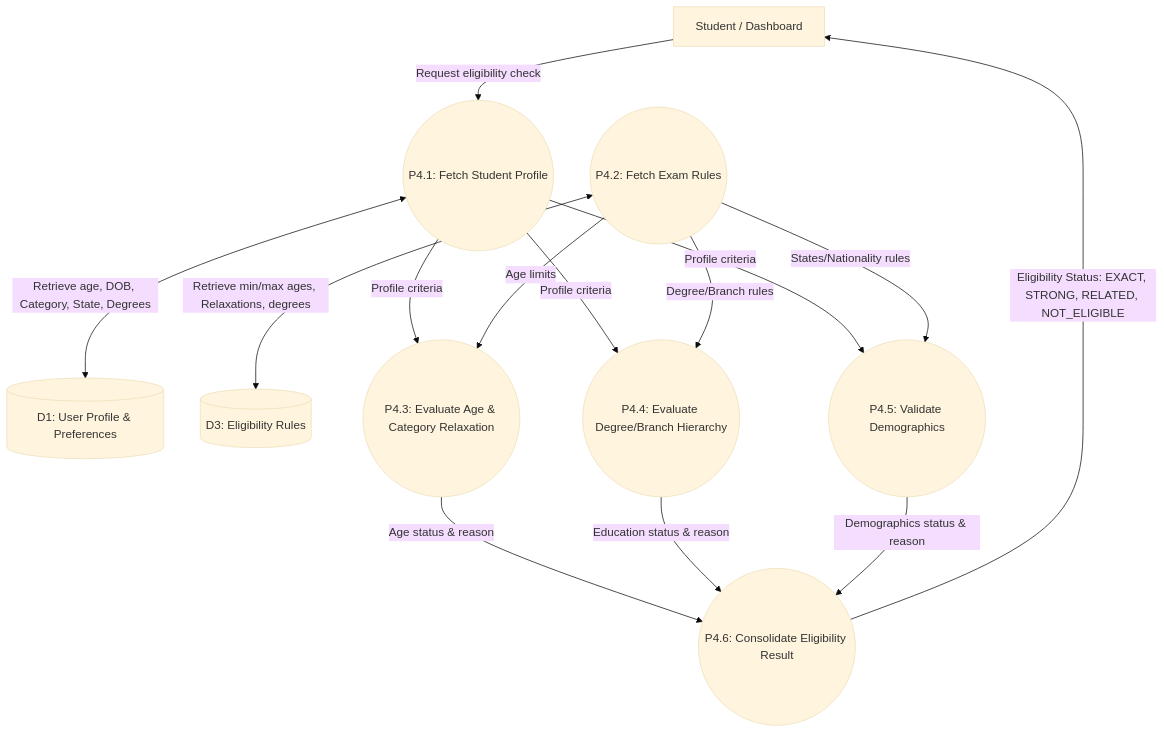
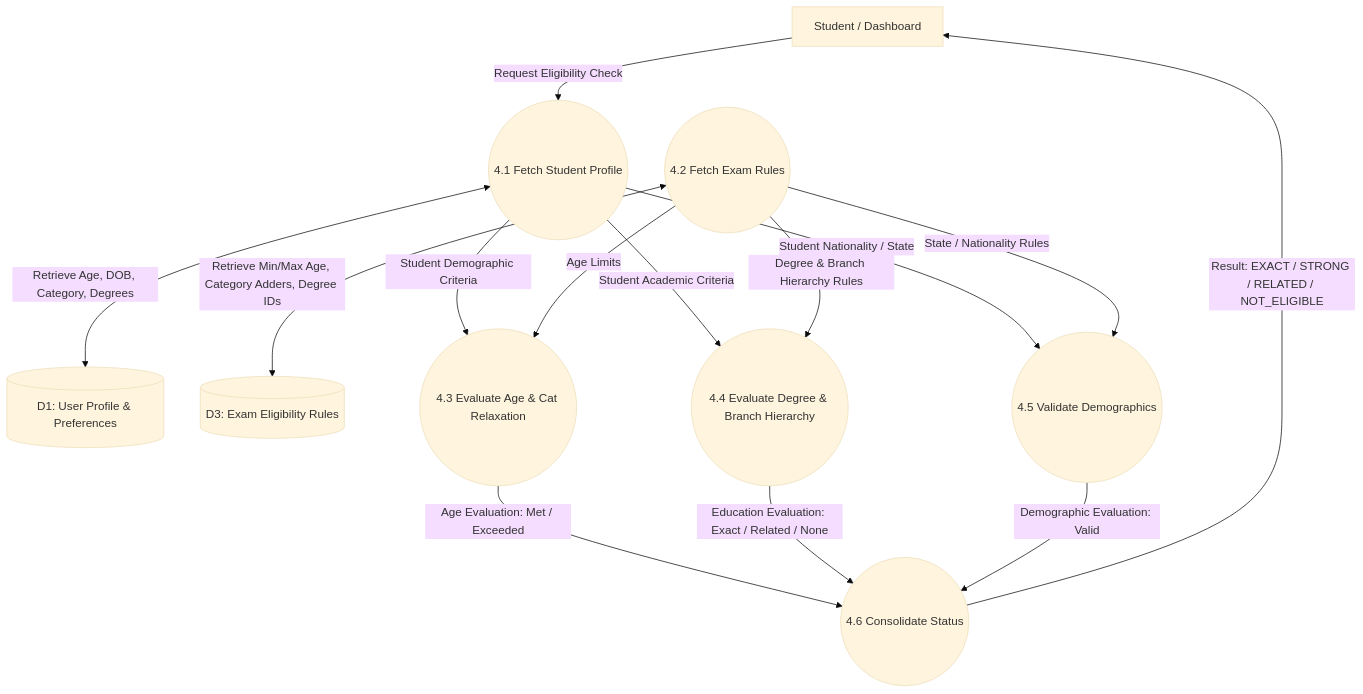
Before and after one commit to gauswamiashih/UDANPATH: diagram 19 of 39 in docs/system_diagrams.md, drawn with Mermaid (base theme). The commit also changed other lines of this file and 41 other files, not shown here.

Commit message:
feat: user onboarding, education master data fallback, direct profile routing, and guest demo mode

````diff
--- a/docs/system_diagrams.md
+++ b/docs/system_diagrams.md
@@ -354,30 +1144,30 @@
 ```mermaid
 graph TD
-  Student[Student / Dashboard]
-  D1[(D1: User Profile & Preferences)]
-  D3[(D3: Eligibility Rules)]
+  Student["Student / Dashboard"]
+  D1[("D1: User Profile & Preferences")]
+  D3[("D3: Exam Eligibility Rules")]
 
-  P4_1((P4.1: Fetch Student Profile))
-  P4_2((P4.2: Fetch Exam Rules))
-  P4_3((P4.3: Evaluate Age & Category Relaxation))
-  P4_4((P4.4: Evaluate Degree/Branch Hierarchy))
-  P4_5((P4.5: Validate Demographics))
-  P4_6((P4.6: Consolidate Eligibility Result))
+  P4_1((4.1 Fetch Student Profile))
+  P4_2((4.2 Fetch Exam Rules))
+  P4_3((4.3 Evaluate Age & Cat Relaxation))
+  P4_4((4.4 Evaluate Degree & Branch Hierarchy))
+  P4_5((4.5 Validate Demographics))
+  P4_6((4.6 Consolidate Status))
 
-  Student -->|Request eligibility check| P4_1
-  P4_1 <-->|Retrieve age, DOB, Category, State, Degrees| D1
-  P4_1 -->|Profile criteria| P4_3
-  P4_1 -->|Profile criteria| P4_4
-  P4_1 -->|Profile criteria| P4_5
+  Student -->|Request Eligibility Check| P4_1
+  P4_1 <-->|Retrieve Age, DOB, Category, Degrees| D1
+  P4_1 -->|Student Demographic Criteria| P4_3
+  P4_1 -->|Student Academic Criteria| P4_4
+  P4_1 -->|Student Nationality / State| P4_5
 
-  P4_2 <-->|Retrieve min/max ages, Relaxations, degrees| D3
-  P4_2 -->|Age limits| P4_3
-  P4_2 -->|Degree/Branch rules| P4_4
-  P4_2 -->|States/Nationality rules| P4_5
+  P4_2 <-->|Retrieve Min/Max Age, Category Adders, Degree IDs| D3
+  P4_2 -->|Age Limits| P4_3
+  P4_2 -->|Degree & Branch Hierarchy Rules| P4_4
+  P4_2 -->|State / Nationality Rules| P4_5
 
-  P4_3 -->|Age status & reason| P4_6
-  P4_4 -->|Education status & reason| P4_6
-  P4_5 -->|Demographics status & reason| P4_6
+  P4_3 -->|Age Evaluation: Met / Exceeded| P4_6
+  P4_4 -->|Education Evaluation: Exact / Related / None| P4_6
+  P4_5 -->|Demographic Evaluation: Valid| P4_6
 
-  P4_6 -->|Eligibility Status: EXACT, STRONG, RELATED, NOT_ELIGIBLE| Student
+  P4_6 -->|Result: EXACT / STRONG / RELATED / NOT_ELIGIBLE| Student
 ```
````
